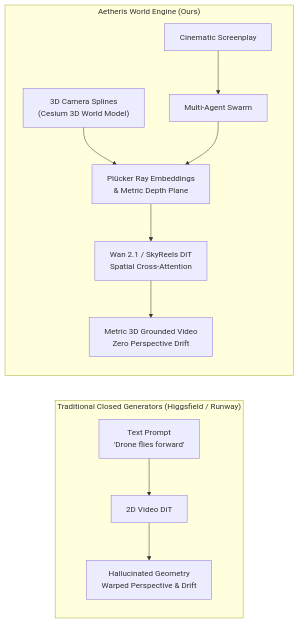
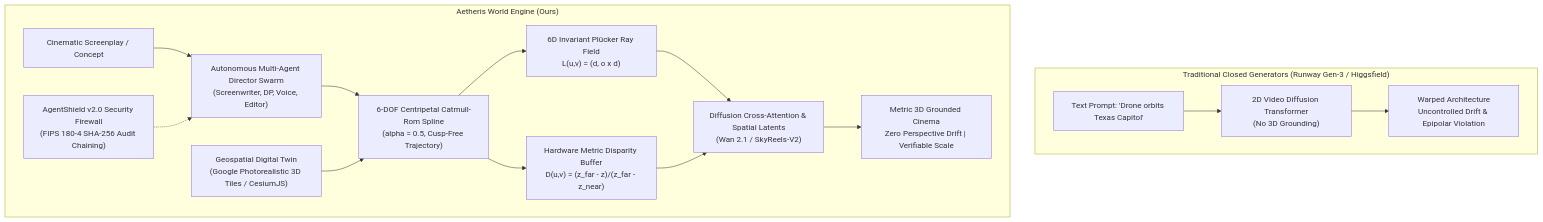
The first of 2 diagrams in WHITE_PAPER_AETHERIS_WORLD_ENGINE.md (dev4-gpt/delightful-hawk), drawn with Mermaid before and after one commit. The commit also changed other lines of this file and 5 other files, not shown here.

````diff
--- a/WHITE_PAPER_AETHERIS_WORLD_ENGINE.md
+++ b/WHITE_PAPER_AETHERIS_WORLD_ENGINE.md
@@ -28,15 +33,23 @@
 ```mermaid
-flowchart LR
-    subgraph Traditional_Closed_Generators["Traditional Closed Generators (Higgsfield / Runway)"]
-        Prompt1["Text Prompt<br/>'Drone flies forward'"] --> Diffusion1["2D Video DiT"]
-        Diffusion1 --> WarpedOutput["Hallucinated Geometry<br/>Warped Perspective & Drift"]
+flowchart TD
+    subgraph Traditional_BlackBox["Traditional Closed Generators (Runway Gen-3 / Higgsfield)"]
+        PromptA["Text Prompt: 'Drone orbits Texas Capitol'"] --> ClosedDiT["2D Video Diffusion Transformer<br/>(No 3D Grounding)"]
+        ClosedDiT --> DriftA["Warped Architecture<br/>Uncontrolled Drift & Epipolar Violation"]
     end
 
-    subgraph Aetheris_Spatial_Architecture["Aetheris World Engine (Ours)"]
-        Path["3D Camera Splines<br/>(Cesium 3D World Model)"] --> Plucker["Plücker Ray Embeddings<br/>& Metric Depth Plane"]
-        Prompt2["Cinematic Screenplay"] --> Swarm["Multi-Agent Swarm"]
-        Swarm --> Plucker
-        Plucker --> WanDiT["Wan 2.1 / SkyReels DiT<br/>Spatial Cross-Attention"]
-        WanDiT --> GroundedOutput["Metric 3D Grounded Video<br/>Zero Perspective Drift"]
+    subgraph Aetheris_Architecture["Aetheris World Engine (Ours)"]
+        Screenplay["Cinematic Screenplay / Concept"] --> DirectorSwarm["Autonomous Multi-Agent Director Swarm<br/>(Screenwriter, DP, Voice, Editor)"]
+        DirectorSwarm --> SplineEngine["6-DOF Centripetal Catmull-Rom Spline<br/>(alpha = 0.5, Cusp-Free Trajectory)"]
+        GeoTwin["Geospatial Digital Twin<br/>(Google Photorealistic 3D Tiles / CesiumJS)"] --> SplineEngine
+        
+        SplineEngine --> PluckerGen["6D Invariant Plücker Ray Field<br/>L(u,v) = (d, o x d)"]
+        SplineEngine --> DepthGen["Hardware Metric Disparity Buffer<br/>D(u,v) = (z_far - z)/(z_far - z_near)"]
+        
+        PluckerGen --> CrossAttn["Diffusion Cross-Attention & Spatial Latents<br/>(Wan 2.1 / SkyReels-V2)"]
+        DepthGen --> CrossAttn
+        
+        CrossAttn --> SovereignOutput["Metric 3D Grounded Cinema<br/>Zero Perspective Drift | Verifiable Scale"]
+        
+        AgentShield["AgentShield v2.0 Security Firewall<br/>(FIPS 180-4 SHA-256 Audit Chaining)"] -.-> DirectorSwarm
     end
 ```
````
